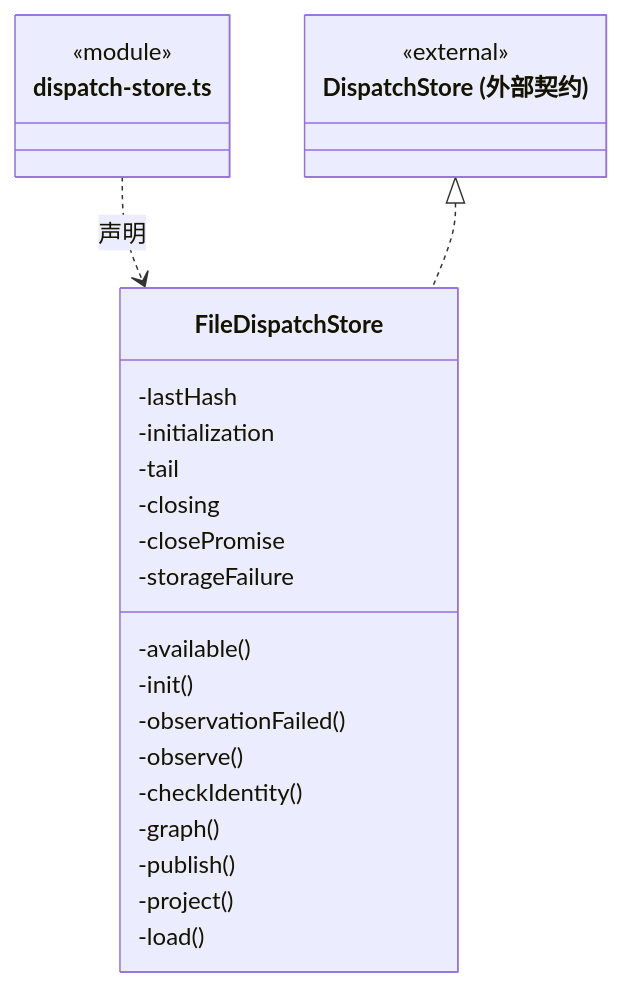
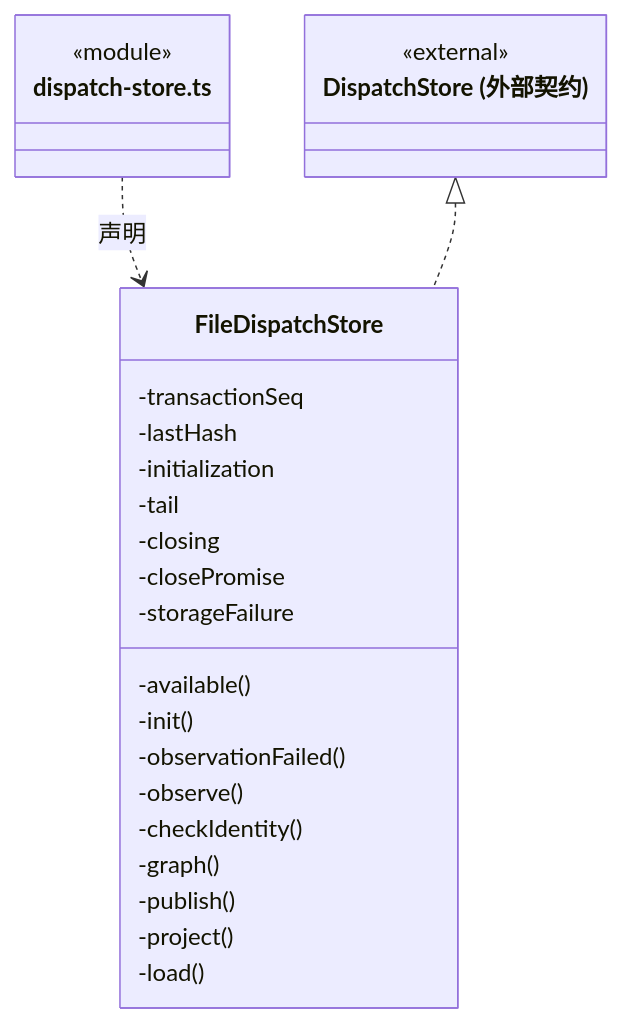
The eighth of 12 diagrams in src/backend/main/persistence/tasks/ARCHITECTURE.md (nan023062/cbim), drawn with Mermaid before and after one commit. The commit also changed other lines of this file and 52 other files, not shown here.

````diff
--- a/src/backend/main/persistence/tasks/ARCHITECTURE.md
+++ b/src/backend/main/persistence/tasks/ARCHITECTURE.md
@@ -209,28 +209,29 @@
 ```mermaid
 classDiagram
 class N_src_backend_main_persistence_tasks_dispatch_store_ts["dispatch-store.ts"] {
   <<module>>
 }
 class N_src_backend_main_persistence_tasks_dispatch_store_ts_FileDispatchStore["FileDispatchStore"] {
+  -transactionSeq
   -lastHash
   -initialization
   -tail
   -closing
   -closePromise
   -storageFailure
   -available()
   -init()
   -observationFailed()
   -observe()
   -checkIdentity()
   -graph()
   -publish()
   -project()
   -load()
 }
 N_src_backend_main_persistence_tasks_dispatch_store_ts ..> N_src_backend_main_persistence_tasks_dispatch_store_ts_FileDispatchStore : 声明
 class N_src_backend_main_persistence_tasks_dispatch_store_ts_external_DispatchStore["DispatchStore (外部契约)"] {
   <<external>>
 }
 N_src_backend_main_persistence_tasks_dispatch_store_ts_external_DispatchStore <|.. N_src_backend_main_persistence_tasks_dispatch_store_ts_FileDispatchStore
 ```
````
